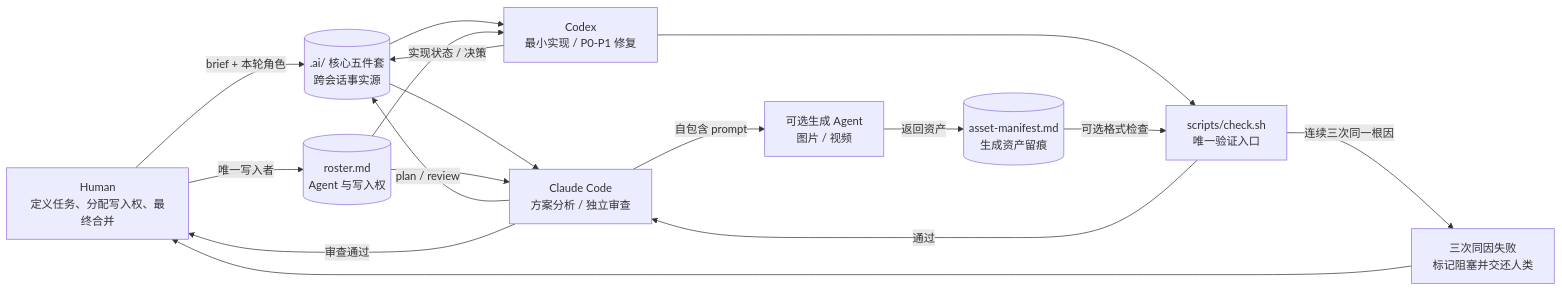
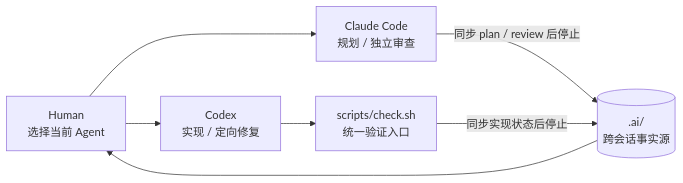
One commit to zosea231/jiaojie changed the diagram in README.md. Above: the diagram before and after it, drawn with Mermaid. The commit also changed other lines of this file and 26 other files, not shown here.

````diff
--- a/README.md
+++ b/README.md
@@ -41,29 +40,15 @@
 ```mermaid
 flowchart LR
-    H["Human<br/>定义任务、分配写入权、最终合并"]
-    S[(".ai/ 核心五件套<br/>跨会话事实源")]
-    R[("roster.md<br/>Agent 与写入权")]
-    A[("asset-manifest.md<br/>生成资产留痕")]
-    C["Claude Code<br/>方案分析 / 独立审查"]
-    X["Codex<br/>最小实现 / P0-P1 修复"]
-    G["可选生成 Agent<br/>图片 / 视频"]
-    V["scripts/check.sh<br/>唯一验证入口"]
-    B["三次同因失败<br/>标记阻塞并交还人类"]
+    H["Human<br/>选择当前 Agent"]
+    C["Claude Code<br/>规划 / 独立审查"]
+    X["Codex<br/>实现 / 定向修复"]
+    D[(".ai/<br/>跨会话事实源")]
+    V["scripts/check.sh<br/>统一验证入口"]
 
-    H -->|brief + 本轮角色| S
-    H -->|唯一写入者| R
-    S --> C
-    S --> X
-    R --> C
-    R --> X
-    C -->|自包含 prompt| G
-    G -->|返回资产| A
-    C -->|plan / review| S
-    X -->|实现状态 / 决策| S
+    H --> C
+    C -->|同步 plan / review 后停止| D
+    D --> H
+    H --> X
     X --> V
-    A -->|可选格式检查| V
-    V -->|通过| C
-    V -->|连续三次同一根因| B
-    B --> H
-    C -->|审查通过| H
+    V -->|同步实现状态后停止| D
 ```
````
